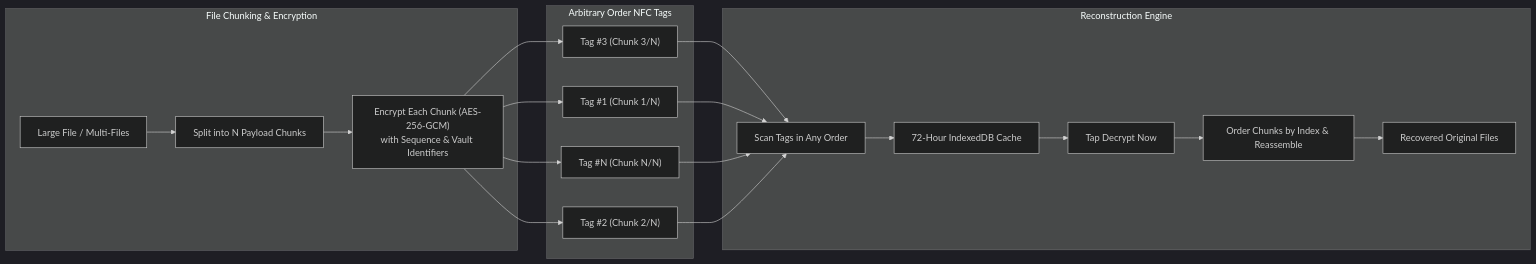
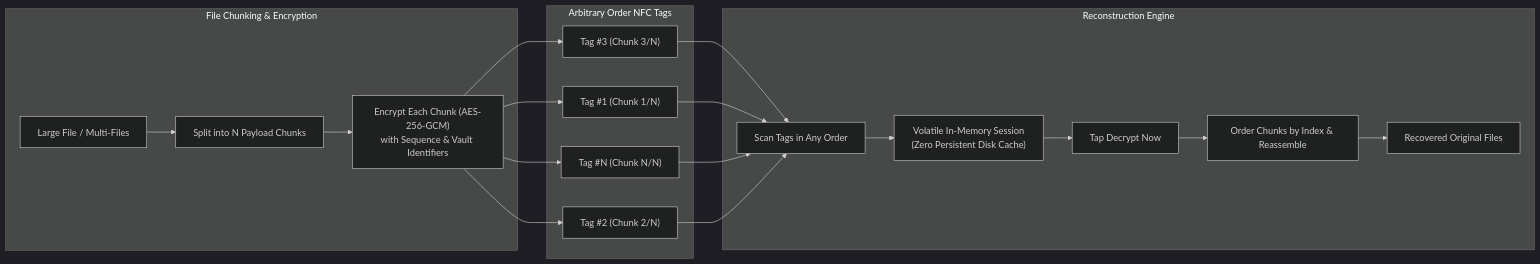
The fourth of 6 diagrams in README.md (FROSTY-MUG/Ghost-Tag), drawn with Mermaid (dark theme) before and after one commit. The commit also changed other lines of this file and 3 other files, not shown here.

Commit message:
docs(v2.0.6): align offline-first vs zero-knowledge cloud sync, 12-word bip39, and cache invariants

````diff
--- a/README.md
+++ b/README.md
@@ -159,37 +159,37 @@
 ```mermaid
 flowchart LR
     subgraph FileSlice["File Chunking & Encryption"]
         LargeFile["Large File / Multi-Files"] --> SplitChunks["Split into N Payload Chunks"]
         SplitChunks --> EncryptChunks["Encrypt Each Chunk (AES-256-GCM)<br/>with Sequence & Vault Identifiers"]
     end
 
     subgraph PhysicalTags["Arbitrary Order NFC Tags"]
         Tag3["Tag #3 (Chunk 3/N)"]
         Tag1["Tag #1 (Chunk 1/N)"]
         TagN["Tag #N (Chunk N/N)"]
         Tag2["Tag #2 (Chunk 2/N)"]
     end
 
     subgraph Reconstruction["Reconstruction Engine"]
         ScanLoop["Scan Tags in Any Order"]
-        Cache["72-Hour IndexedDB Cache"]
+        VolatileSession["Volatile In-Memory Session<br/>(Zero Persistent Disk Cache)"]
         DecryptAction["Tap Decrypt Now"]
         Reassemble["Order Chunks by Index & Reassemble"]
         RecoveredFile["Recovered Original Files"]
     end
 
     EncryptChunks --> Tag3
     EncryptChunks --> Tag1
     EncryptChunks --> TagN
     EncryptChunks --> Tag2
 
     Tag3 --> ScanLoop
     Tag1 --> ScanLoop
     TagN --> ScanLoop
     Tag2 --> ScanLoop
 
-    ScanLoop --> Cache
-    Cache --> DecryptAction
+    ScanLoop --> VolatileSession
+    VolatileSession --> DecryptAction
     DecryptAction --> Reassemble
     Reassemble --> RecoveredFile
 ```
````
